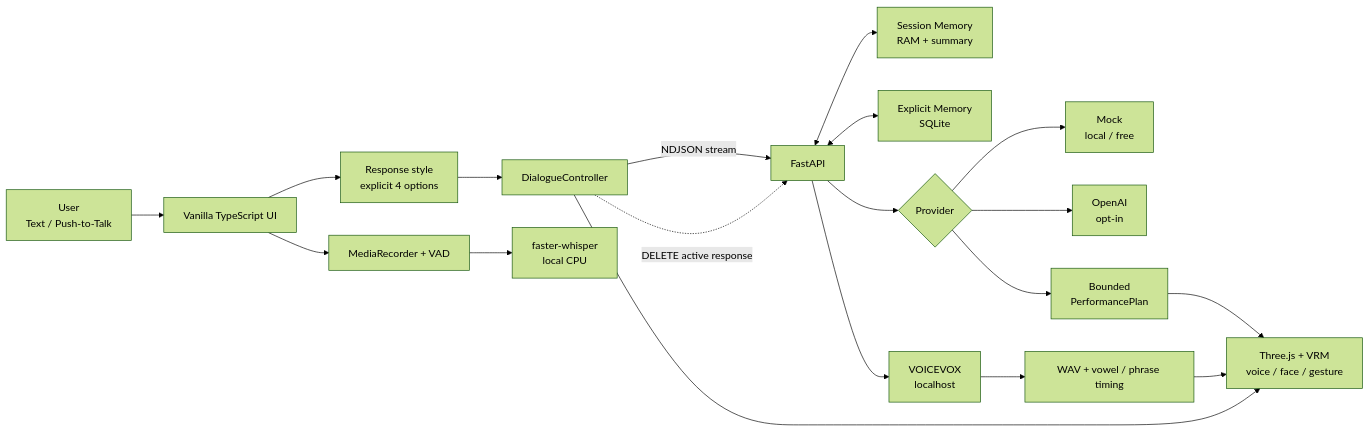
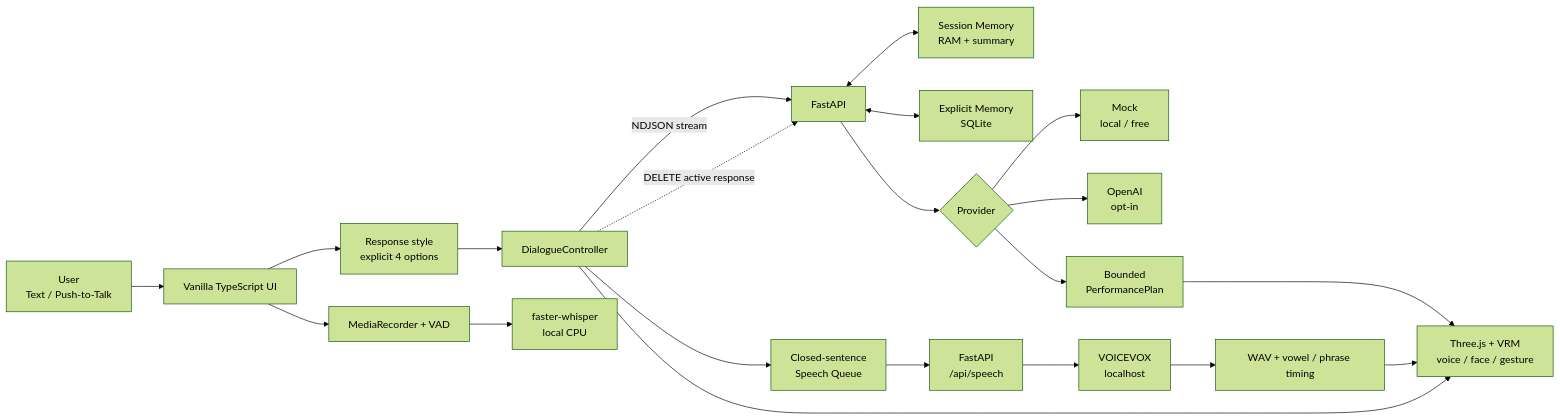
One commit to yutoo77/adaptive-vrm-dialogue-agent changed the diagram in README.md. Above: the diagram before and after it, drawn with Mermaid (forest theme). The commit also changed other lines of this file and 18 other files, not shown here.

Commit message:
feat: stream closed sentences to voicevox

````diff
--- a/README.md
+++ b/README.md
@@ -102,23 +104,25 @@
 ```mermaid
 flowchart LR
     User["User\nText / Push-to-Talk"] --> UI["Vanilla TypeScript UI"]
     UI --> Style["Response style\nexplicit 4 options"]
     Style --> Dialogue["DialogueController"]
     Dialogue -->|"NDJSON stream"| API["FastAPI"]
     Dialogue -. "DELETE active response" .-> API
     API <--> Session["Session Memory\nRAM + summary"]
     API <--> SQLite["Explicit Memory\nSQLite"]
     API --> Provider{"Provider"}
     Provider --> Mock["Mock\nlocal / free"]
     Provider --> OpenAI["OpenAI\nopt-in"]
     Provider --> Plan["Bounded\nPerformancePlan"]
 
     UI --> PTT["MediaRecorder + VAD"]
     PTT --> Whisper["faster-whisper\nlocal CPU"]
 
-    API --> Voicevox["VOICEVOX\nlocalhost"]
+    Dialogue --> SentenceQueue["Closed-sentence\nSpeech Queue"]
+    SentenceQueue --> SpeechAPI["FastAPI\n/api/speech"]
+    SpeechAPI --> Voicevox["VOICEVOX\nlocalhost"]
     Voicevox --> Timing["WAV + vowel / phrase timing"]
     Timing --> Avatar["Three.js + VRM\nvoice / face / gesture"]
     Plan --> Avatar
     Dialogue --> Avatar
 ```
````
